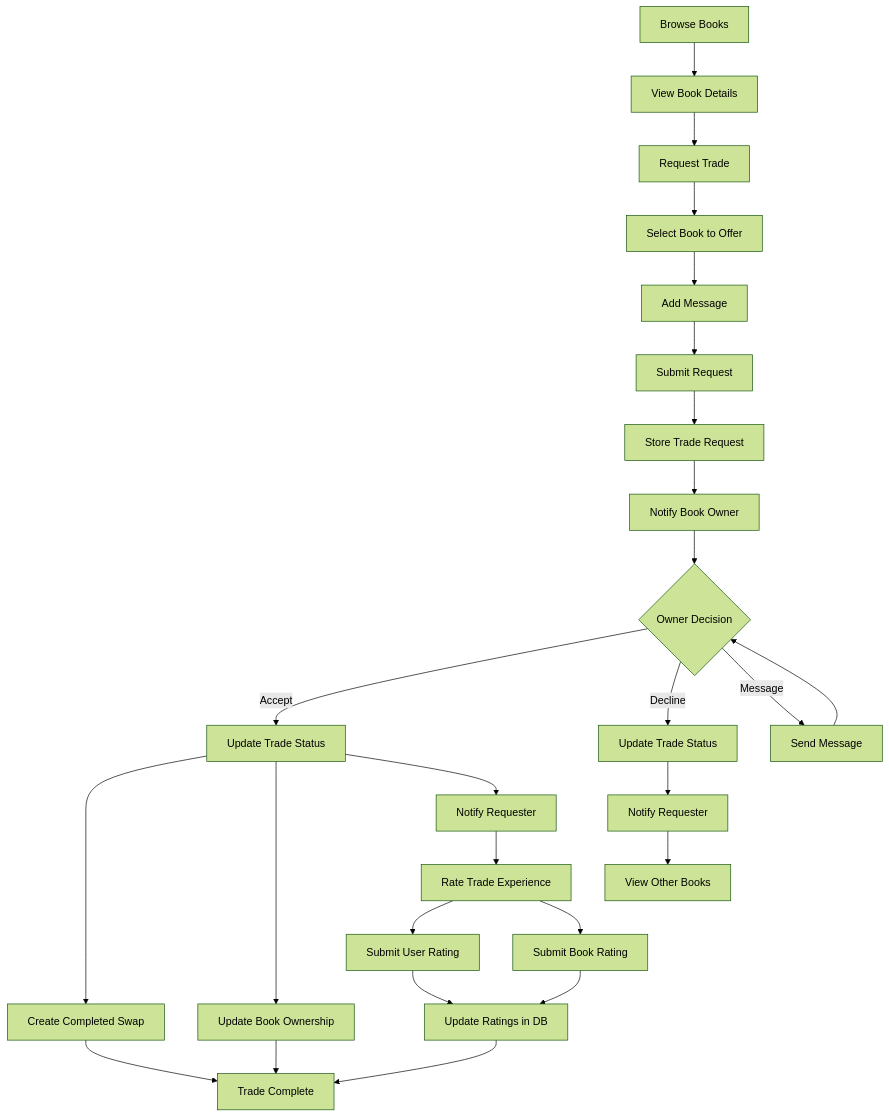
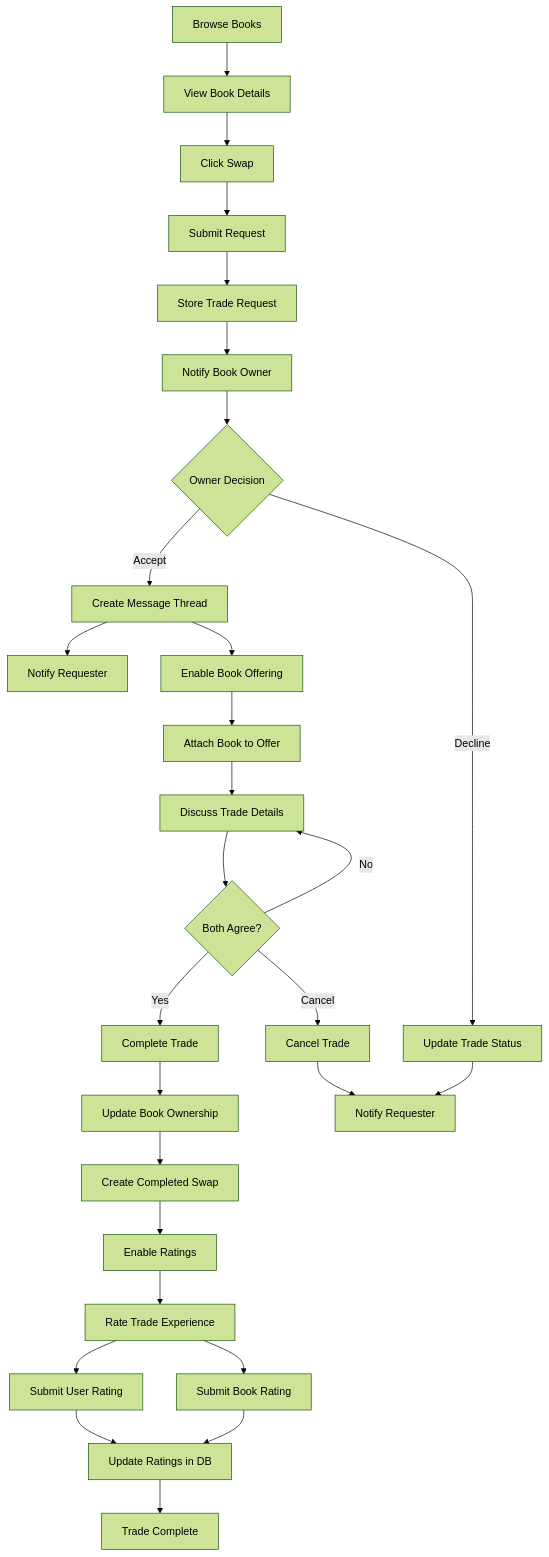
The third of 7 diagrams in docs/application_flows.md (Sorasori22/BookTrade), drawn with Mermaid (forest theme) before and after one commit. The commit also changed 95 other files, not shown here.

Commit message:
feat: swap request

````diff
--- a/docs/application_flows.md
+++ b/docs/application_flows.md
@@ -81,33 +81,38 @@
 ```mermaid
 flowchart TD
     A[Browse Books] --> B[View Book Details]
-    B --> C[Request Trade]
+    B --> C[Click Swap]
     
-    C --> D[Select Book to Offer]
-    D --> E[Add Message]
-    E --> F[Submit Request]
-    
+    C --> F[Submit Request]
     F --> G[Store Trade Request]
     G --> H[Notify Book Owner]
     
     H --> I{Owner Decision}
-    I -->|Accept| J[Update Trade Status]
+    I -->|Accept| J[Create Message Thread]
     I -->|Decline| K[Update Trade Status]
-    I -->|Message| L[Send Message]
-    L --> I
     
-    J --> M[Create Completed Swap]
-    J --> N[Update Book Ownership]
-    J --> O[Notify Requester]
+    J --> L[Notify Requester]
+    J --> M[Enable Book Offering]
     
-    K --> P[Notify Requester]
+    M --> N[Attach Book to Offer]
+    N --> O[Discuss Trade Details]
+    O --> P{Both Agree?}
     
-    O --> Q[Rate Trade Experience]
-    P --> R[View Other Books]
+    P -->|Yes| Q[Complete Trade]
+    P -->|No| O
+    P -->|Cancel| R[Cancel Trade]
     
-    Q --> S[Submit User Rating]
-    Q --> T[Submit Book Rating]
-    S & T --> U[Update Ratings in DB]
+    Q --> S[Update Book Ownership]
+    S --> T[Create Completed Swap]
+    T --> U[Enable Ratings]
     
-    M & N & U --> V[Trade Complete]
+    U --> V[Rate Trade Experience]
+    V --> W[Submit User Rating]
+    V --> X[Submit Book Rating]
+    W & X --> Y[Update Ratings in DB]
+    
+    K --> Z[Notify Requester]
+    R --> Z
+    
+    Y --> AA[Trade Complete]
 ```
````
